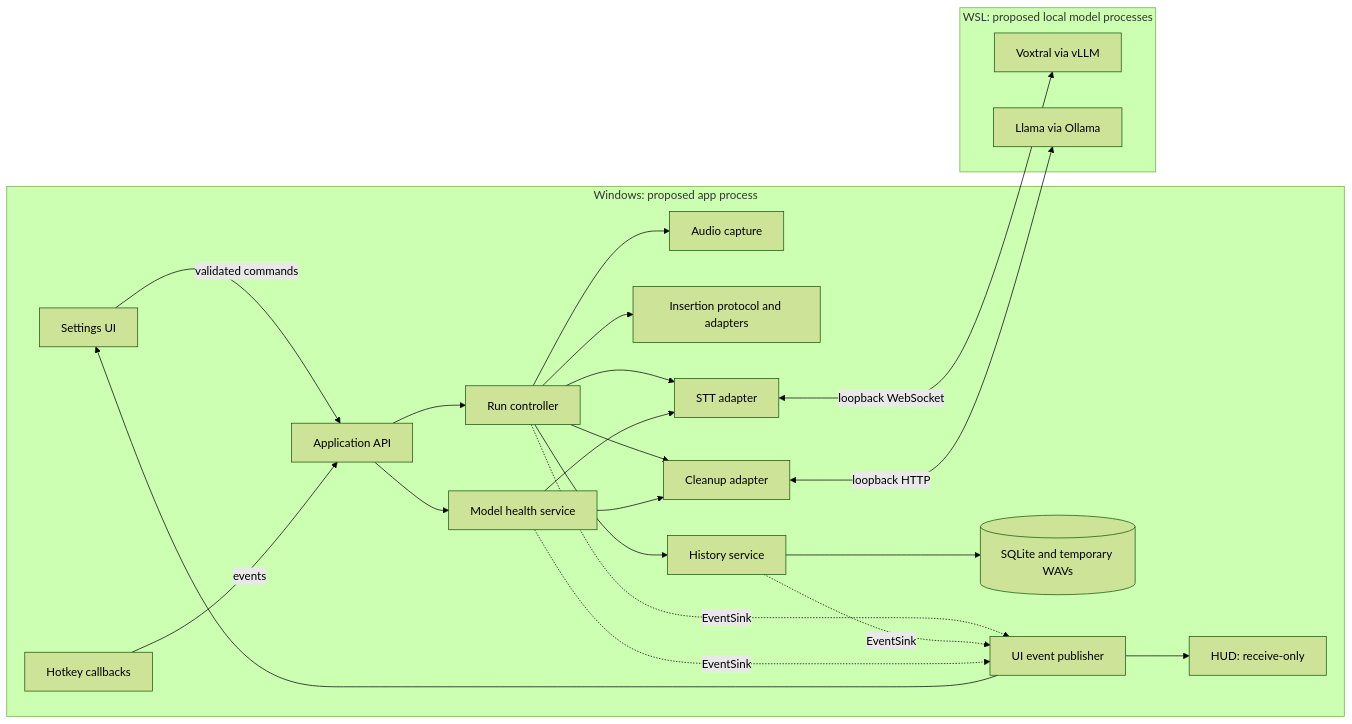
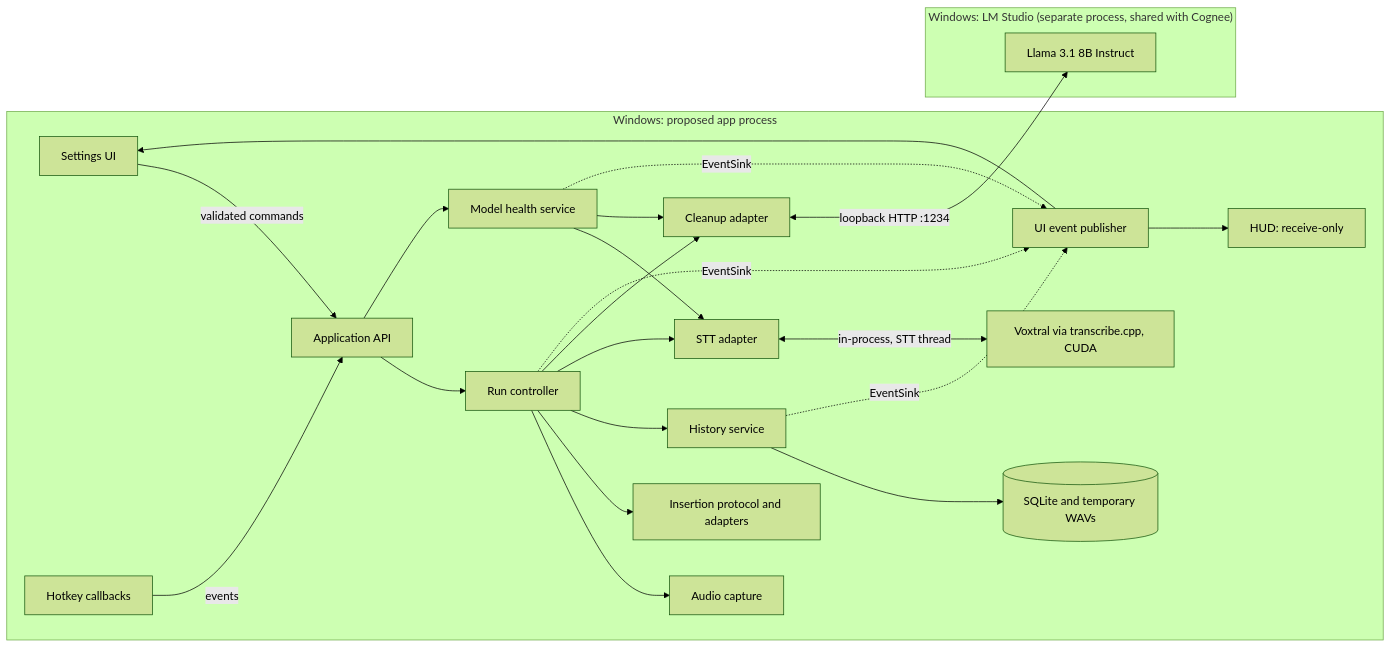
Before and after one commit to June74/wispr_clone: the diagram in backend_dev/CODEMAP.md, drawn with Mermaid (forest theme). The commit also changed other lines of this file and 12 other files, not shown here.

First line of the commit message:
Adopt in-process transcribe.cpp STT and LM Studio cleanup (G2)

````diff
--- a/backend_dev/CODEMAP.md
+++ b/backend_dev/CODEMAP.md
@@ -39,28 +39,27 @@
 ```mermaid
 flowchart LR
   subgraph Windows["Windows: proposed app process"]
     UI[Settings UI] -->|validated commands| API[Application API]
     Hooks[Hotkey callbacks] -->|events| API
     API --> Run[Run controller]
     API --> Health[Model health service]
     Run --> Audio[Audio capture]
     Run --> Insert[Insertion protocol and adapters]
     Run --> History[History service]
     History --> DB[(SQLite and temporary WAVs)]
     Run --> STT[STT adapter]
+    STT <-->|in-process, STT thread| Vox[Voxtral via transcribe.cpp, CUDA]
     Run --> Clean[Cleanup adapter]
     Health --> STT
     Health --> Clean
     Run -.->|EventSink| Events[UI event publisher]
     History -.->|EventSink| Events
     Health -.->|EventSink| Events
     Events --> UI
     Events --> HUD[HUD: receive-only]
   end
-  subgraph WSL["WSL: proposed local model processes"]
-    Vox[Voxtral via vLLM]
-    Llama[Llama via Ollama]
+  subgraph LMS["Windows: LM Studio (separate process, shared with Cognee)"]
+    Llama[Llama 3.1 8B Instruct]
   end
-  STT <-->|loopback WebSocket| Vox
-  Clean <-->|loopback HTTP| Llama
+  Clean <-->|loopback HTTP :1234| Llama
 ```
````
